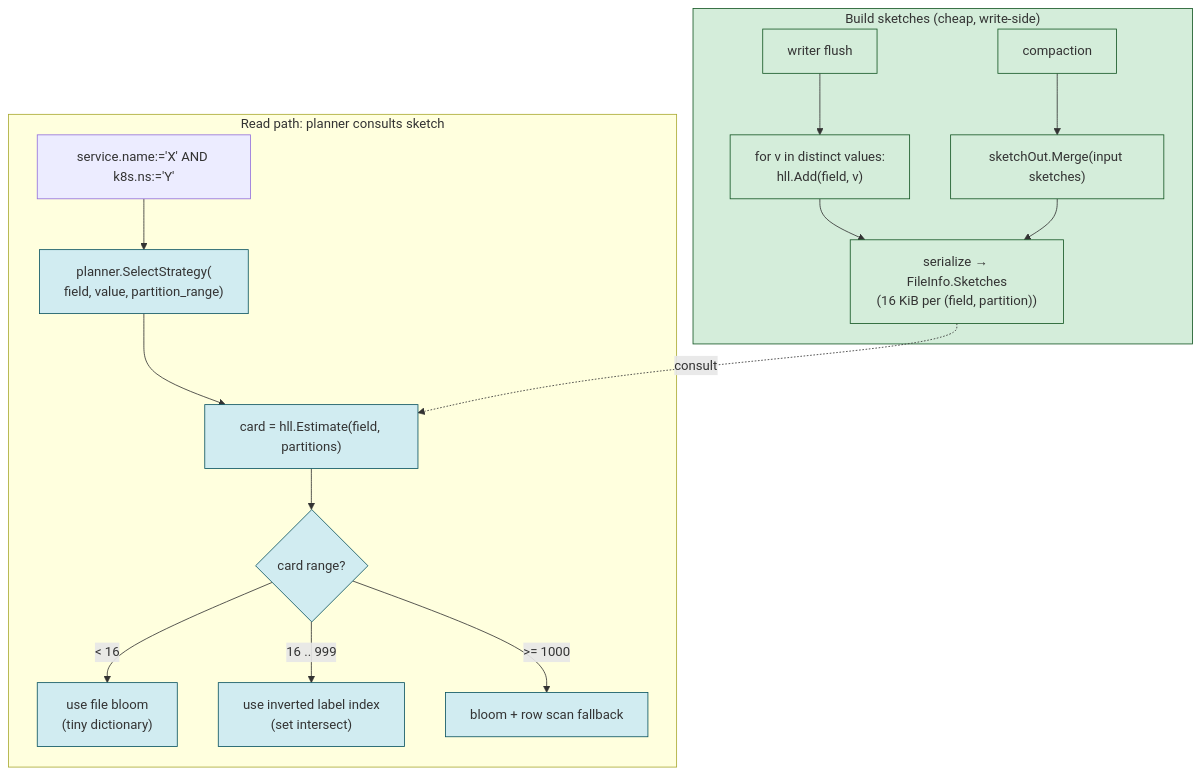
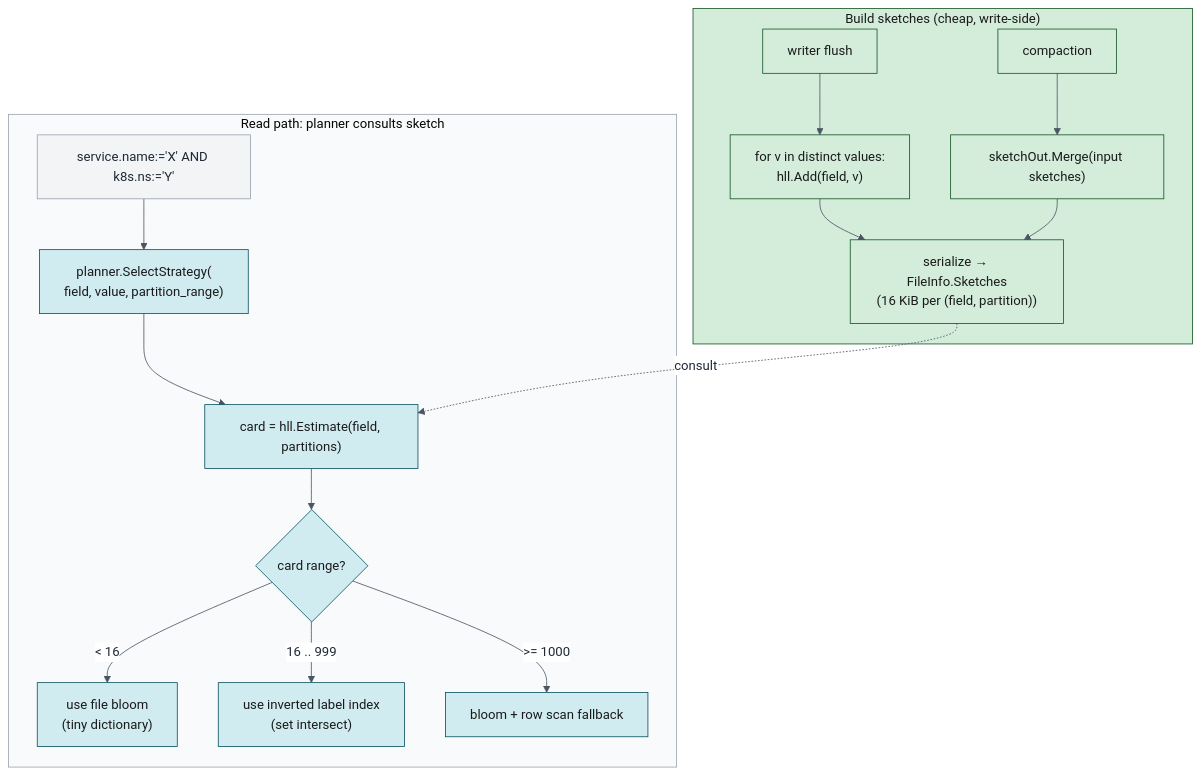
The seventh of 10 diagrams in docs/architecture/performance-machinery.md (ReliablyObserve/victoria-lakehouse), drawn with Mermaid before and after one commit. The commit also changed other lines of this file, not shown here.

First line of the commit message:
docs(perf): force explicit colors so Mermaid diagrams read in dark mode

````diff
--- a/docs/architecture/performance-machinery.md
+++ b/docs/architecture/performance-machinery.md
@@ -697,25 +703,26 @@
 ```mermaid
+%%{init: {'theme':'base', 'themeVariables':{'fontFamily':'-apple-system,BlinkMacSystemFont,Segoe UI,Roboto,sans-serif','primaryColor':'#f3f4f6','primaryTextColor':'#1f2937','primaryBorderColor':'#9ca3af','lineColor':'#4b5563','secondaryColor':'#e5e7eb','tertiaryColor':'#f9fafb','background':'#ffffff','mainBkg':'#f3f4f6','clusterBkg':'#f9fafb','clusterBorder':'#9ca3af','edgeLabelBackground':'#ffffff','textColor':'#1f2937'}}}%%
 flowchart TD
     subgraph Build["Build sketches (cheap, write-side)"]
         Flush["writer flush"] --> Add["for v in distinct values:<br/>hll.Add(field, v)"]
         Add --> Persist["serialize → FileInfo.Sketches<br/>(16 KiB per (field, partition))"]
         Compact["compaction"] --> Merge["sketchOut.Merge(input sketches)"]
         Merge --> Persist
     end
 
     subgraph Read["Read path: planner consults sketch"]
         Q2["service.name:='X' AND k8s.ns:='Y'"] --> Plan["planner.SelectStrategy(<br/>  field, value, partition_range)"]
         Plan --> Lookup["card = hll.Estimate(field, partitions)"]
         Lookup --> Decide{"card range?"}
         Decide -->|"< 16"| Bloom["use file bloom<br/>(tiny dictionary)"]
         Decide -->|"16 .. 999"| Label["use inverted label index<br/>(set intersect)"]
         Decide -->|">= 1000"| Scan["bloom + row scan fallback"]
     end
 
     Persist -.consult.-> Lookup
 
-    classDef cheap fill:#d4edda,stroke:#155724
-    classDef plan fill:#d1ecf1,stroke:#0c5460
+    classDef cheap fill:#d4edda,stroke:#155724,color:#1a1a1a
+    classDef plan fill:#d1ecf1,stroke:#0c5460,color:#1a1a1a
     class Build,Flush,Add,Persist,Compact,Merge cheap
     class Plan,Lookup,Decide,Bloom,Label,Scan plan
 ```
````
